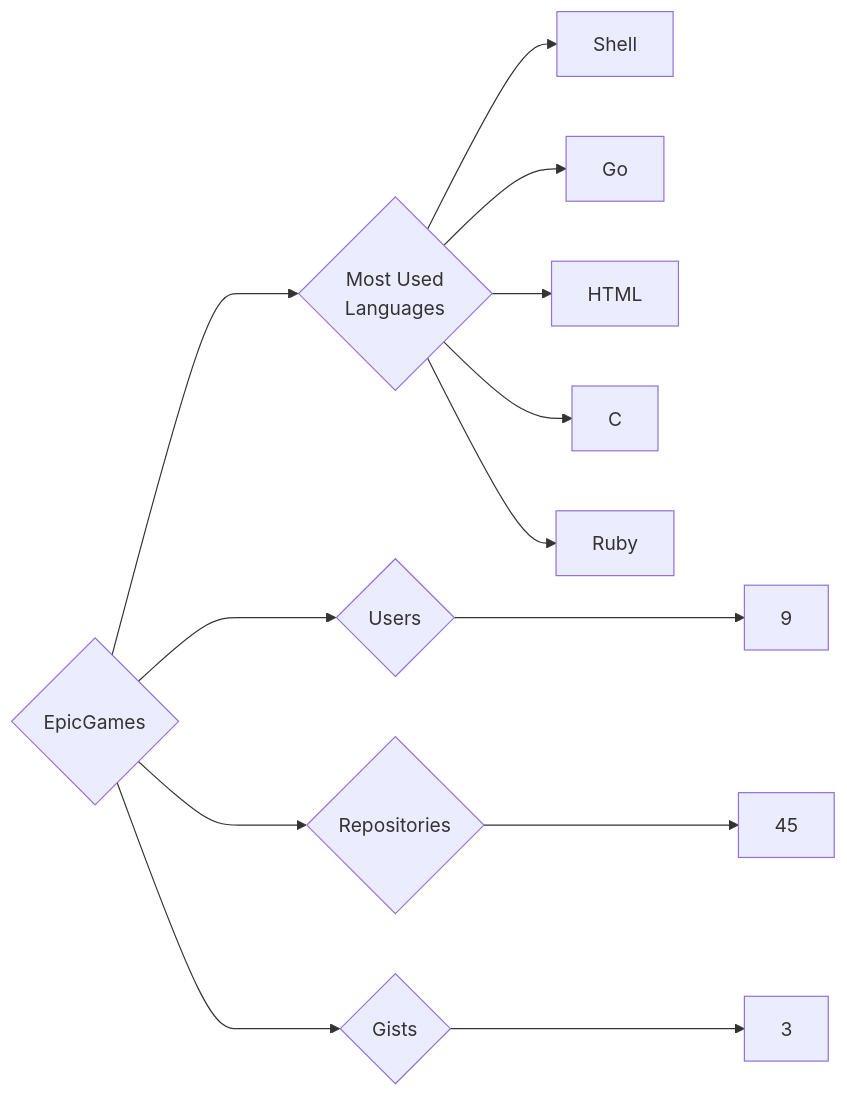
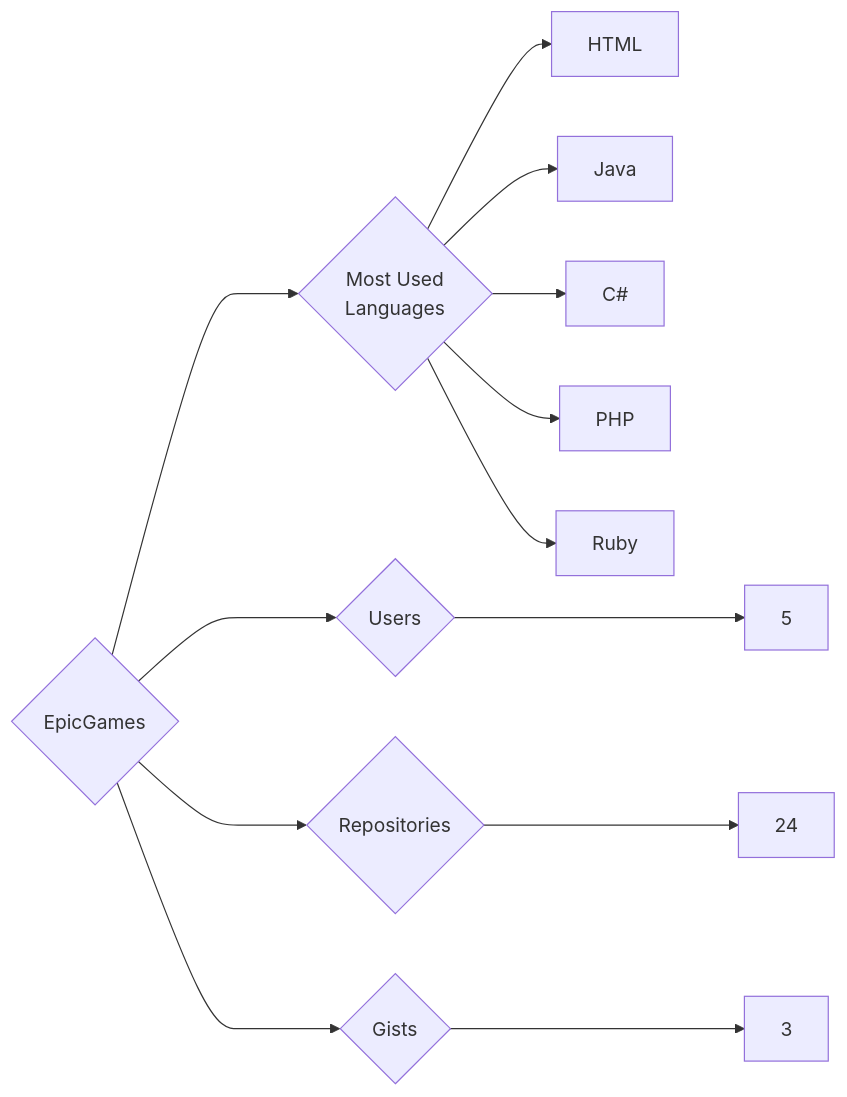
The diagram in targets/EpicGames/README.md (trickest/insiders), drawn with Mermaid before and after one commit. The commit also changed 1036 other files, not shown here.

````diff
--- a/targets/EpicGames/README.md
+++ b/targets/EpicGames/README.md
@@ -3,13 +3,13 @@
 ```mermaid
 graph LR
 COMPANY_NAME{EpicGames}
-COMPANY_NAME ---> U{Users} ---> UN[9]
-COMPANY_NAME ---> R{Repositories} ---> RN[45]
+COMPANY_NAME ---> U{Users} ---> UN[5]
+COMPANY_NAME ---> R{Repositories} ---> RN[24]
 COMPANY_NAME ---> G{Gists} ---> GN[3]
 COMPANY_NAME ---> ML{Most Used<br>Languages}
-ML --> Shell[Shell]
-ML --> Go[Go]
 ML --> HTML[HTML]
-ML --> C[C]
+ML --> Java[Java]
+ML --> C#[C#]
+ML --> PHP[PHP]
 ML --> Ruby[Ruby]
 ```
````
